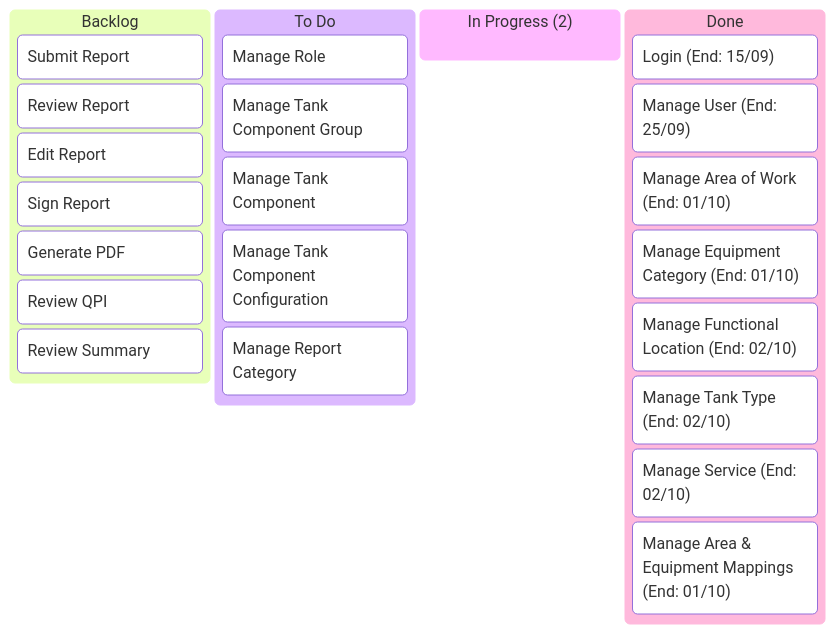
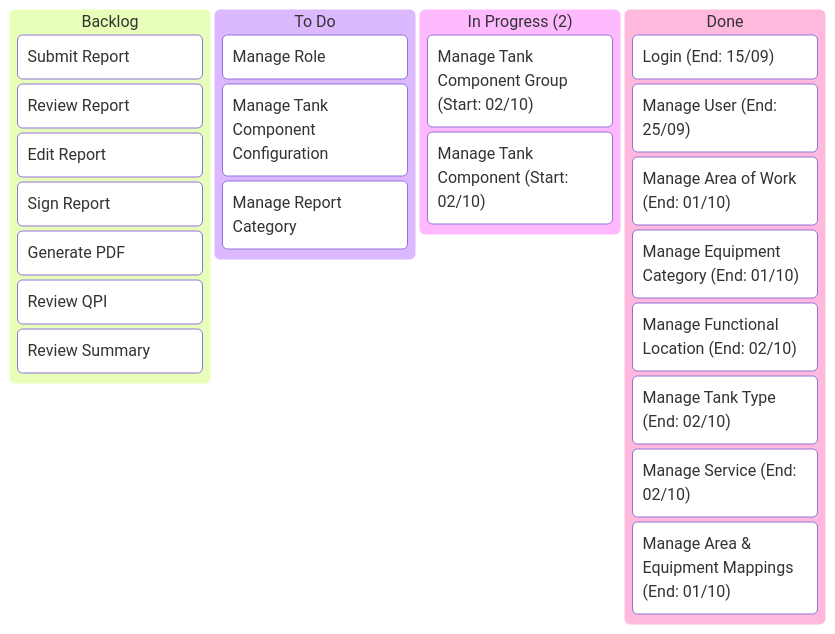
Before and after one commit to billdansr/kanban-boc-om: the diagram in Kanban/02-Kanban.md, drawn with Mermaid.

Commit message:
vault backup: 2025-10-02 09:19:16
Manage Tank Component Group: To Do -> In Progress
Manage Tank Component

````diff
--- a/Kanban/02-Kanban.md
+++ b/Kanban/02-Kanban.md
@@ -3,32 +3,31 @@
 ```mermaid
 kanban
   backlog[Backlog]
 	  b2[Submit Report]
 	  b3[Review Report]
 	  b4[Edit Report]
 	  b5[Sign Report]
 	  b6[Generate PDF]
 	  b7[Review QPI]
 	  b8[Review Summary]
 
   todo[To Do]
 	  t10[Manage Role]
 	  
-	  t16[Manage Tank Component Group]
-	  t17[Manage Tank Component]
 	  t18[Manage Tank Component Configuration]
 	  t19[Manage Report Category]
 
   inprogress["In Progress (2)"]
-	  
+	  i16["Manage Tank Component Group (Start: 02/10)"]
+	  i17["Manage Tank Component (Start: 02/10)"]
 
   done[Done]
 	  d1["Login (End: 15/09)"]
 	  d9["Manage User (End: 25/09)"]
 	  d11["Manage Area of Work (End: 01/10)"]
 	  d12["Manage Equipment Category (End: 01/10)"]
-	  i13["Manage Functional Location (End: 02/10)"]
+	  d13["Manage Functional Location (End: 02/10)"]
 	  d14["Manage Tank Type (End: 02/10)"]
 	  d15["Manage Service (End: 02/10)"]
 	  d20["Manage Area & Equipment Mappings (End: 01/10)"]
 ```
````
